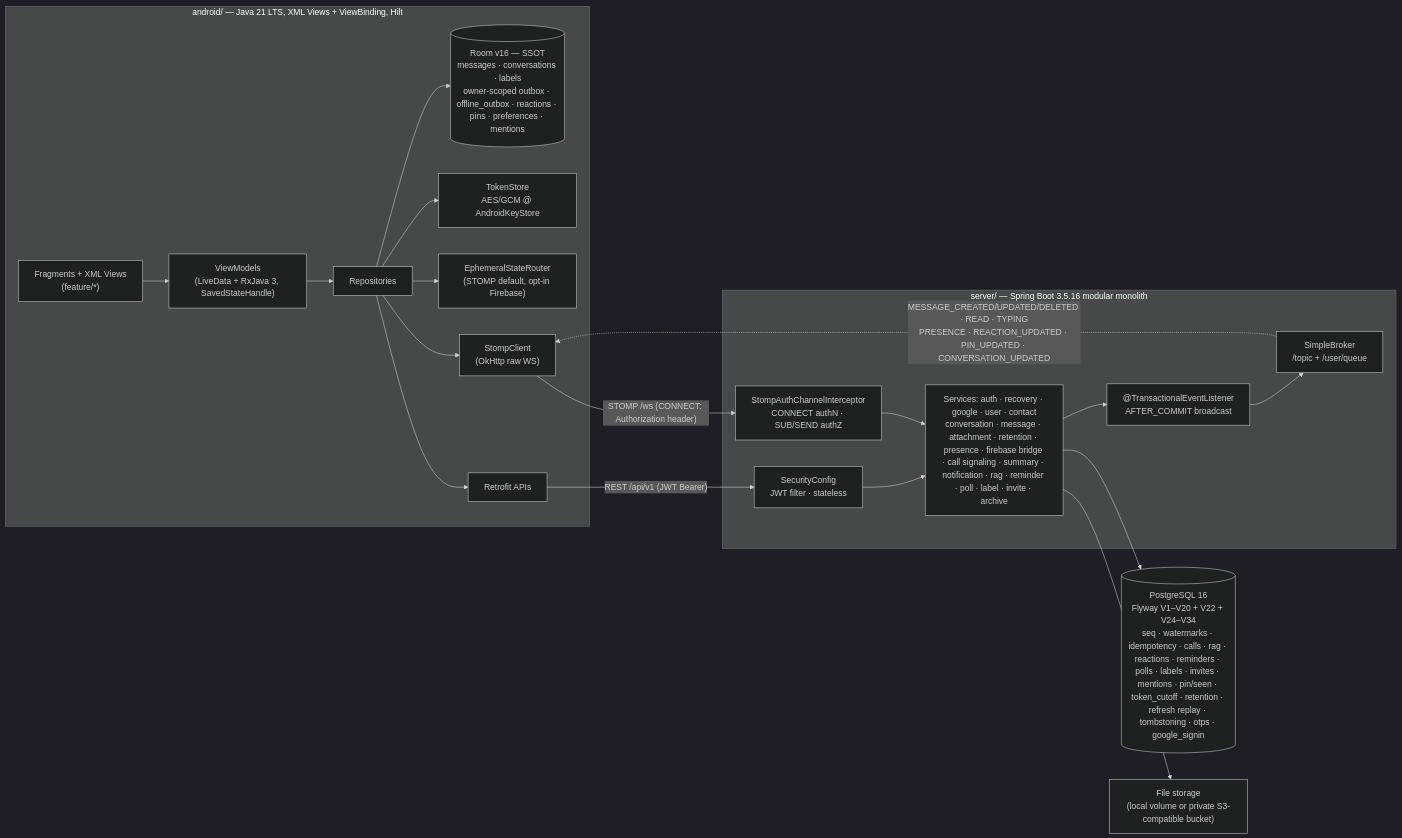
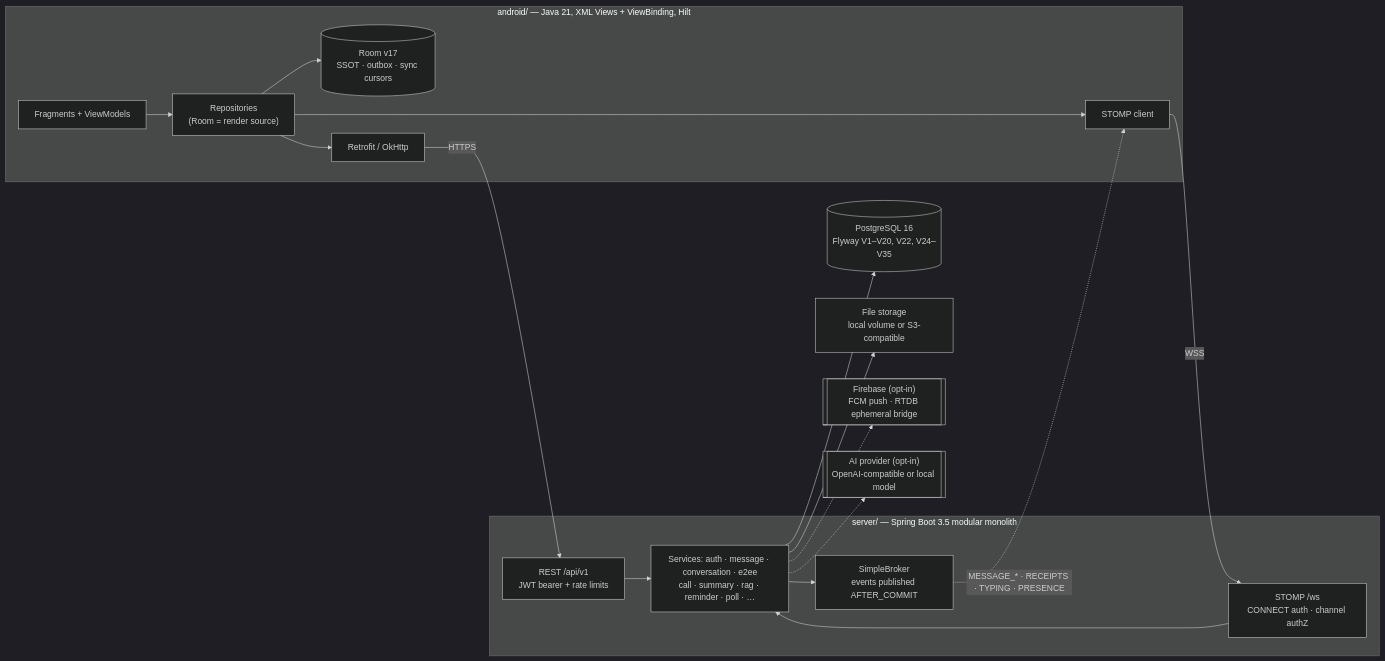
One commit to JasonTM17/Nexachat_AppJ changed the diagram in README.md. Above: the diagram before and after it, drawn with Mermaid (dark theme). The commit also changed other lines of this file and 1 other file, not shown here.

````diff
--- a/README.md
+++ b/README.md
@@ -130,30 +66,32 @@
 ```mermaid
 flowchart LR
-    subgraph Android["android/ — Java 21 LTS, XML Views + ViewBinding, Hilt"]
-        UI["Fragments + XML Views<br/>(feature/*)"] --> VM["ViewModels<br/>(LiveData + RxJava 3, SavedStateHandle)"]
-        VM --> REPO["Repositories"]
-        REPO --> ROOM[("Room v16 — SSOT<br/>messages · conversations · labels<br/>owner-scoped outbox · offline_outbox · reactions · pins · preferences · mentions")]
-        REPO --> TS["TokenStore<br/>AES/GCM @ AndroidKeyStore"]
-        REPO --> ROUTER["EphemeralStateRouter<br/>(STOMP default, opt-in Firebase)"]
-        REPO --> ST["StompClient<br/>(OkHttp raw WS)"]
-        REPO --> RT["Retrofit APIs"]
+    subgraph Client["android/ — Java 21, XML Views + ViewBinding, Hilt"]
+        UI["Fragments + ViewModels"] --> REPO["Repositories<br/>(Room = render source)"]
+        REPO --> ROOM[("Room v17<br/>SSOT · outbox · sync cursors")]
+        REPO --> RETRO["Retrofit / OkHttp"]
+        REPO --> ST["STOMP client"]
     end
 
-    subgraph Server["server/ — Spring Boot 3.5.16 modular monolith"]
-        SEC["SecurityConfig<br/>JWT filter · stateless"]
-        INT["StompAuthChannelInterceptor<br/>CONNECT authN · SUB/SEND authZ"]
-        SVC["Services: auth · recovery · google · user · contact<br/>conversation · message · attachment · retention · presence · firebase bridge · call signaling · summary · notification · rag · reminder · poll · label · invite · archive"]
-        EVT["@TransactionalEventListener<br/>AFTER_COMMIT broadcast"]
-        BR["SimpleBroker<br/>/topic + /user/queue"]
+    subgraph Server["server/ — Spring Boot 3.5 modular monolith"]
+        API["REST /api/v1<br/>JWT bearer + rate limits"]
+        WSX["STOMP /ws<br/>CONNECT auth · channel authZ"]
+        SVC["Services: auth · message · conversation · e2ee<br/>call · summary · rag · reminder · poll · …"]
+        BRK["SimpleBroker<br/>events published AFTER_COMMIT"]
+        API --> SVC
+        WSX --> SVC
+        SVC --> BRK
     end
 
-    DB[("PostgreSQL 16<br/>Flyway V1–V20 + V22 + V24–V34<br/>seq · watermarks · idempotency · calls · rag · reactions · reminders · polls · labels · invites · mentions · pin/seen · token_cutoff · retention · refresh replay · tombstoning · otps · google_signin")]
-    STORAGE["File storage<br/>(local volume or private S3-compatible bucket)"]
+    DB[("PostgreSQL 16<br/>Flyway V1–V20, V22, V24–V35")]
+    STORE["File storage<br/>local volume or S3-compatible"]
+    FCM[["Firebase (opt-in)<br/>FCM push · RTDB ephemeral bridge"]]
+    LLM[["AI provider (opt-in)<br/>OpenAI-compatible or local model"]]
 
-    RT -- "REST /api/v1 (JWT Bearer)" --> SEC --> SVC
-    ST -- "STOMP /ws (CONNECT: Authorization header)" --> INT --> SVC
+    RETRO -- "HTTPS" --> API
+    ST -- "WSS" --> WSX
     SVC --> DB
-    SVC --> STORAGE
-    SVC --> EVT --> BR
-    BR -. "MESSAGE_CREATED/UPDATED/DELETED · READ · TYPING<br/>PRESENCE · REACTION_UPDATED · PIN_UPDATED · CONVERSATION_UPDATED" .-> ST
+    SVC --> STORE
+    BRK -. "MESSAGE_* · RECEIPTS · TYPING · PRESENCE" .-> ST
+    SVC -.-> FCM
+    SVC -.-> LLM
 ```
````
